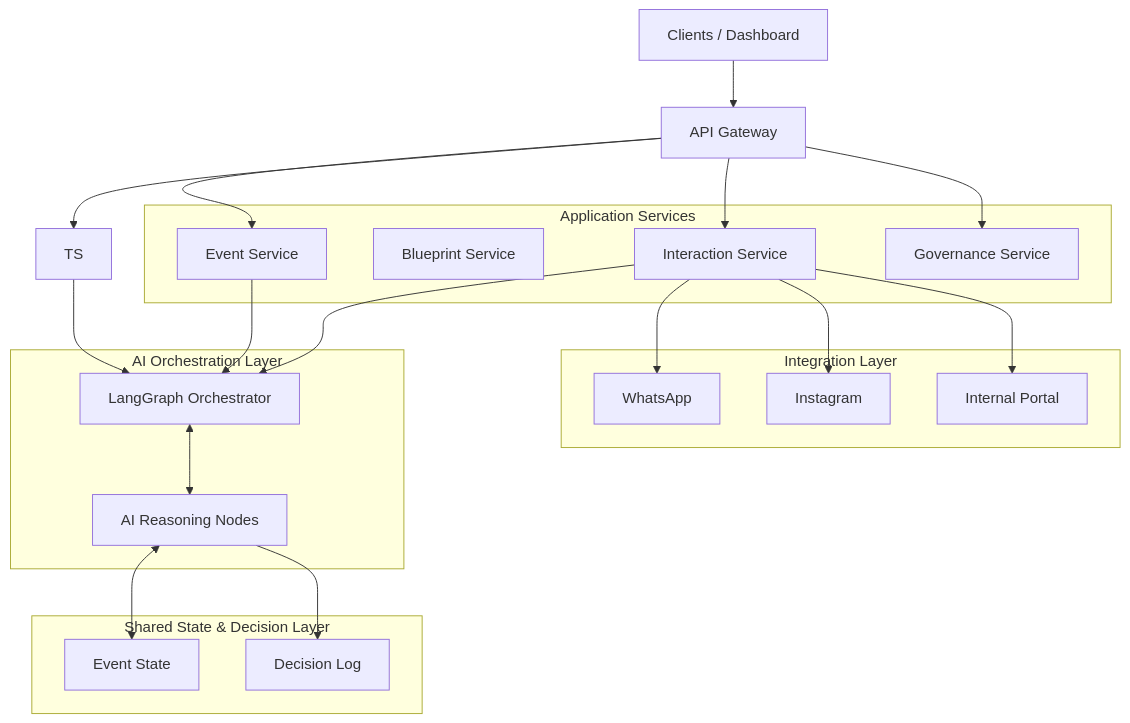
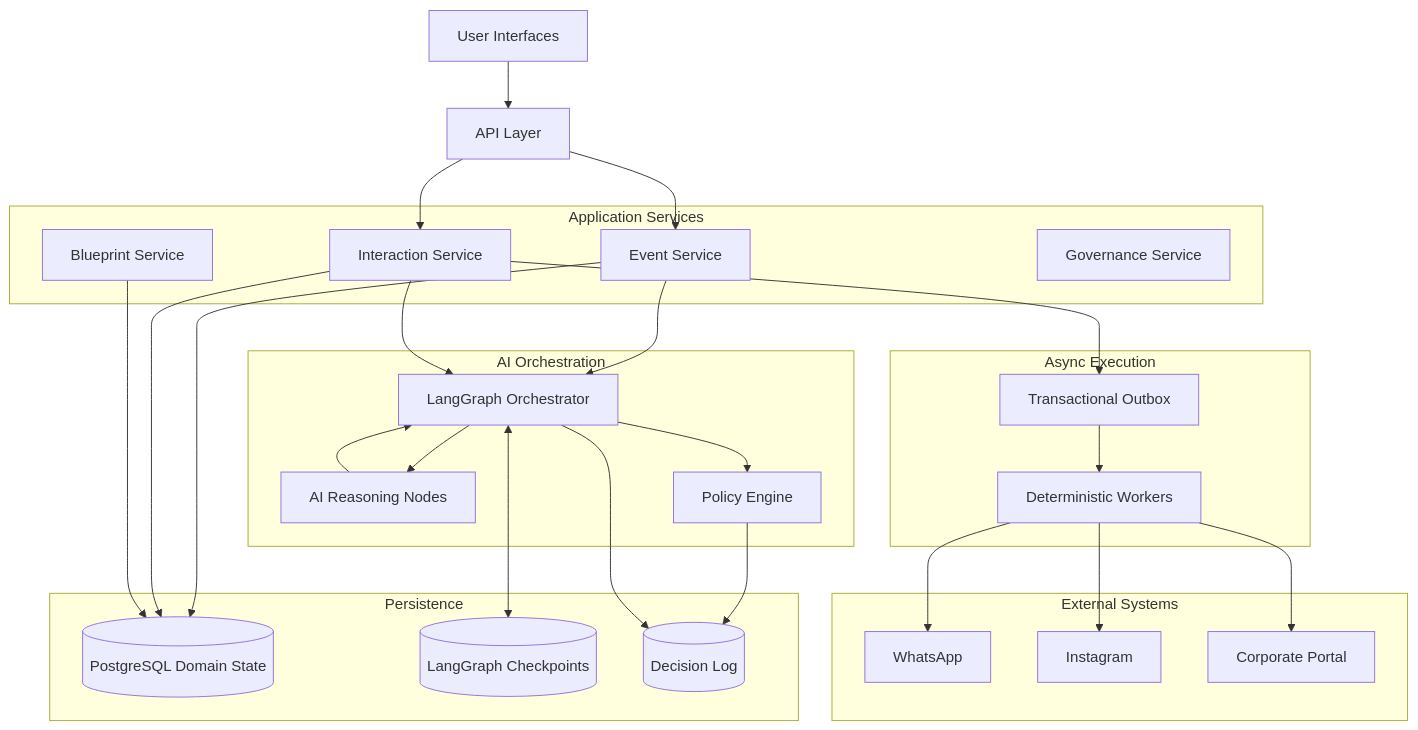
The diagram in docs/01-overview/architecture-overview.md (acavalcanti/ai-event-platform), drawn with Mermaid before and after one commit. The commit also changed other lines of this file and 4 other files, not shown here.

````diff
--- a/docs/01-overview/architecture-overview.md
+++ b/docs/01-overview/architecture-overview.md
@@ -134,49 +134,64 @@
 ```mermaid
 flowchart TD
 
-    UI[Clients / Dashboard]
-    API[API Gateway]
+    UI[User Interfaces]
+    API[API Layer]
 
     subgraph APP[Application Services]
         ES[Event Service]
+        IS[Interaction Service]
         BS[Blueprint Service]
-        IS[Interaction Service]
         GS[Governance Service]
     end
 
-    subgraph AI[AI Orchestration Layer]
+    subgraph ORCHESTRATION[AI Orchestration]
         ORCH[LangGraph Orchestrator]
         RNODES[AI Reasoning Nodes]
+        POLICY[Policy Engine]
     end
 
-    subgraph STATE[Shared State & Decision Layer]
-        STATESTORE[Event State]
-        DECISIONLOG[Decision Log]
+    subgraph EXECUTION[Async Execution]
+        OUTBOX[Transactional Outbox]
+        WORKER[Deterministic Workers]
     end
 
-    subgraph EXT[Integration Layer]
+    subgraph STORAGE[Persistence]
+        DOMAINDB[(PostgreSQL Domain State)]
+        STATESTORE[(LangGraph Checkpoints)]
+        DECISIONLOG[(Decision Log)]
+    end
+
+    subgraph EXTERNAL[External Systems]
         WA[WhatsApp]
         IG[Instagram]
-        PORTAL[Internal Portal]
+        PORTAL[Corporate Portal]
     end
 
     UI --> API
 
     API --> ES
-    API --> TS
     API --> IS
-    API --> GS
+
+    ES --> DOMAINDB
+    IS --> DOMAINDB
+    BS --> DOMAINDB
+
+    IS --> OUTBOX
+    OUTBOX --> WORKER
+
+    WORKER --> WA
+    WORKER --> IG
+    WORKER --> PORTAL
 
     ES --> ORCH
-    TS --> ORCH
     IS --> ORCH
 
-    ORCH <--> RNODES
+    ORCH <--> STATESTORE
+    ORCH --> RNODES
+    RNODES --> ORCH
 
-    RNODES <--> STATESTORE
-    RNODES --> DECISIONLOG
+    ORCH --> POLICY
+    POLICY --> DECISIONLOG
 
-    IS --> WA
-    IS --> IG
-    IS --> PORTAL
+    ORCH --> DECISIONLOG
 ```
````
